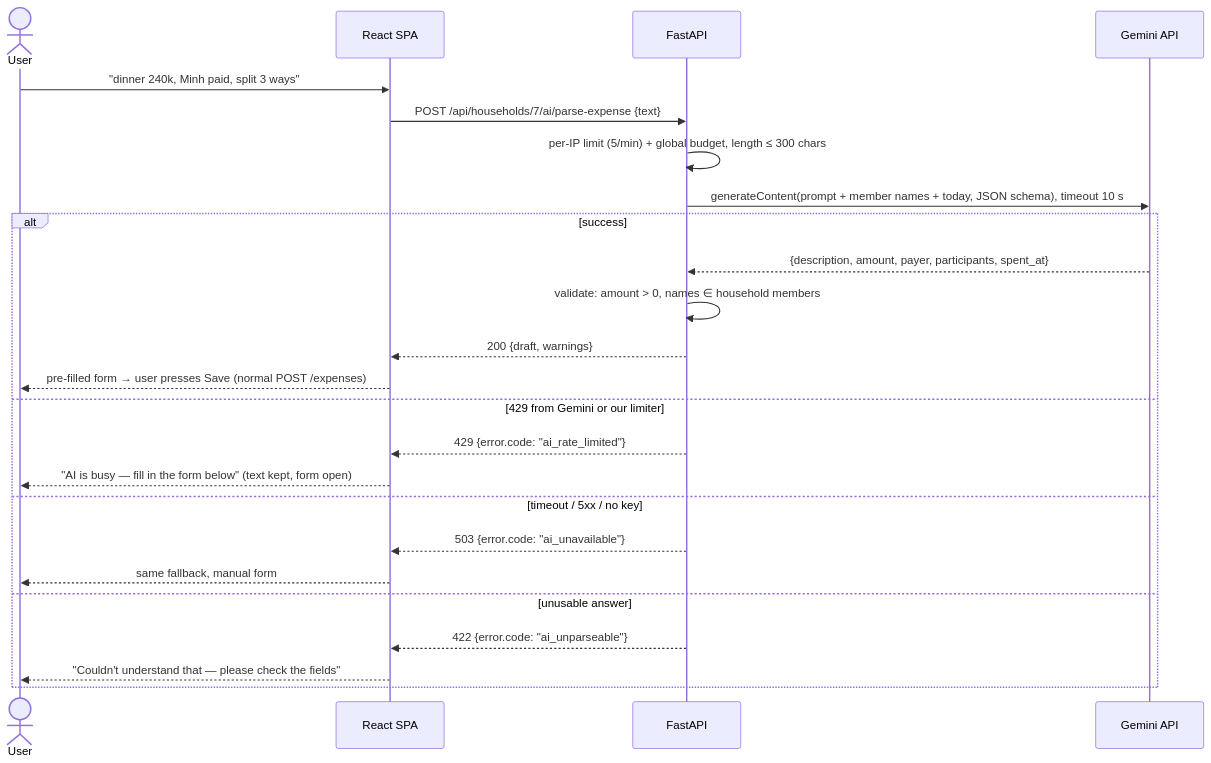
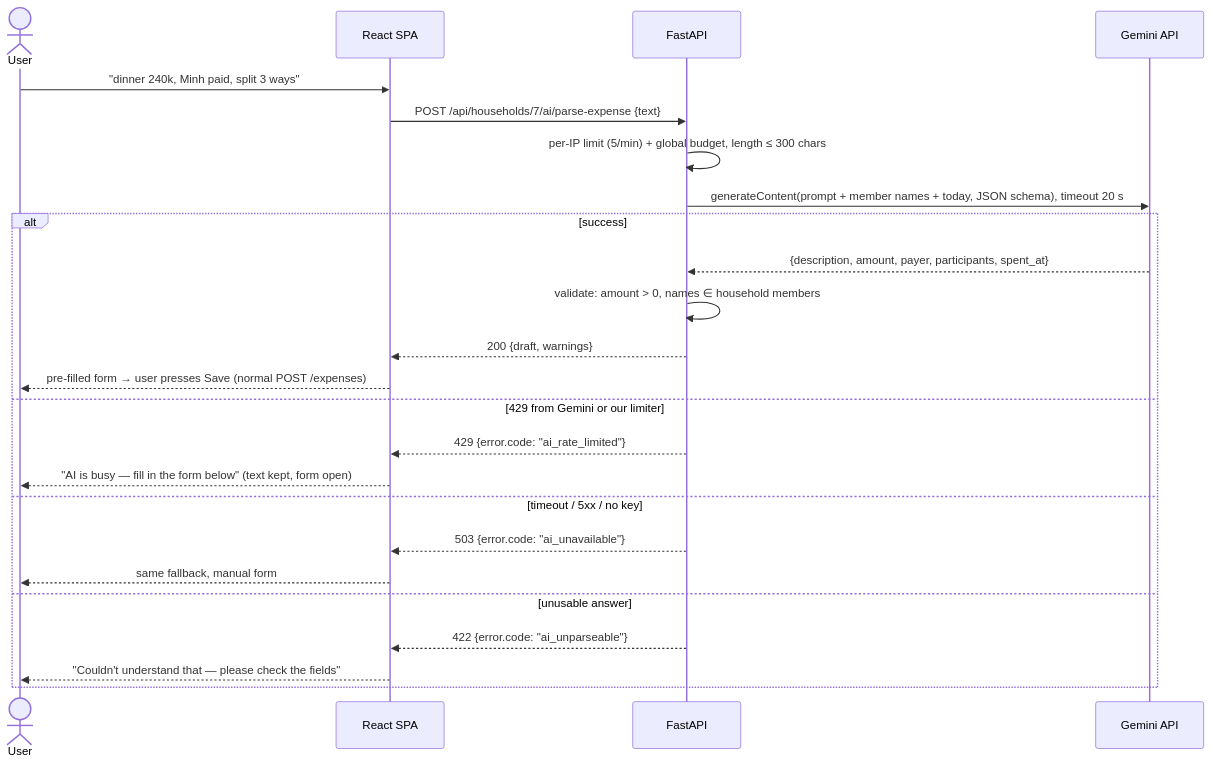
One commit to NeitLN/Fair-Share changed the fourth of 5 diagrams in docs/ARCHITECTURE.md. Above: the diagram before and after it, drawn with Mermaid. The commit also changed other lines of this file and 8 other files, not shown here.

````diff
--- a/docs/ARCHITECTURE.md
+++ b/docs/ARCHITECTURE.md
@@ -256,26 +256,26 @@
 ```mermaid
 sequenceDiagram
     actor User
     participant SPA as React SPA
     participant API as FastAPI
     participant G as Gemini API
     User->>SPA: "dinner 240k, Minh paid, split 3 ways"
     SPA->>API: POST /api/households/7/ai/parse-expense {text}
     API->>API: per-IP limit (5/min) + global budget, length ≤ 300 chars
-    API->>G: generateContent(prompt + member names + today, JSON schema), timeout 10 s
+    API->>G: generateContent(prompt + member names + today, JSON schema), timeout 20 s
     alt success
         G-->>API: {description, amount, payer, participants, spent_at}
         API->>API: validate: amount > 0, names ∈ household members
         API-->>SPA: 200 {draft, warnings}
         SPA-->>User: pre-filled form → user presses Save (normal POST /expenses)
     else 429 from Gemini or our limiter
         API-->>SPA: 429 {error.code: "ai_rate_limited"}
         SPA-->>User: "AI is busy — fill in the form below" (text kept, form open)
     else timeout / 5xx / no key
         API-->>SPA: 503 {error.code: "ai_unavailable"}
         SPA-->>User: same fallback, manual form
     else unusable answer
         API-->>SPA: 422 {error.code: "ai_unparseable"}
         SPA-->>User: "Couldn't understand that — please check the fields"
     end
 ```
````
